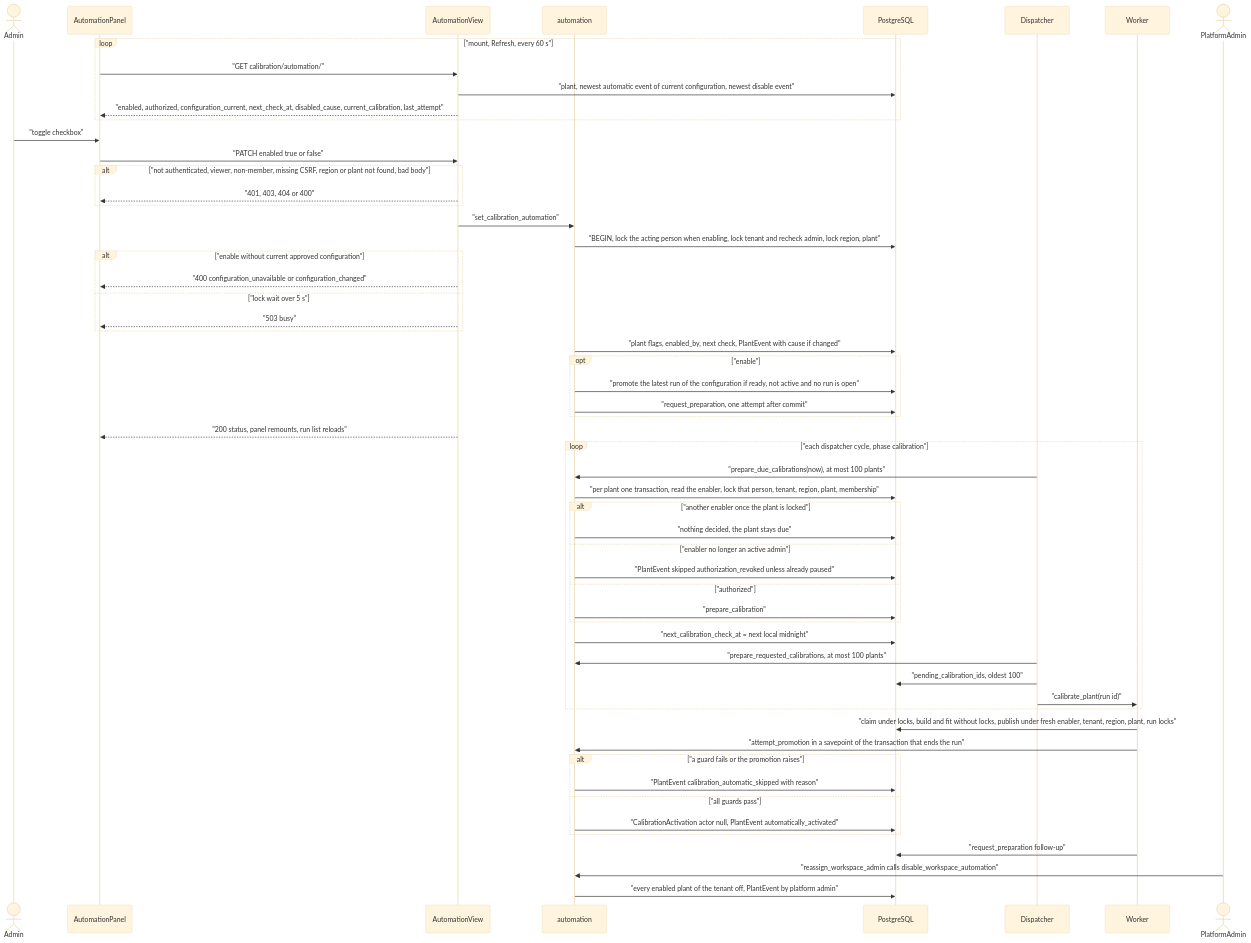
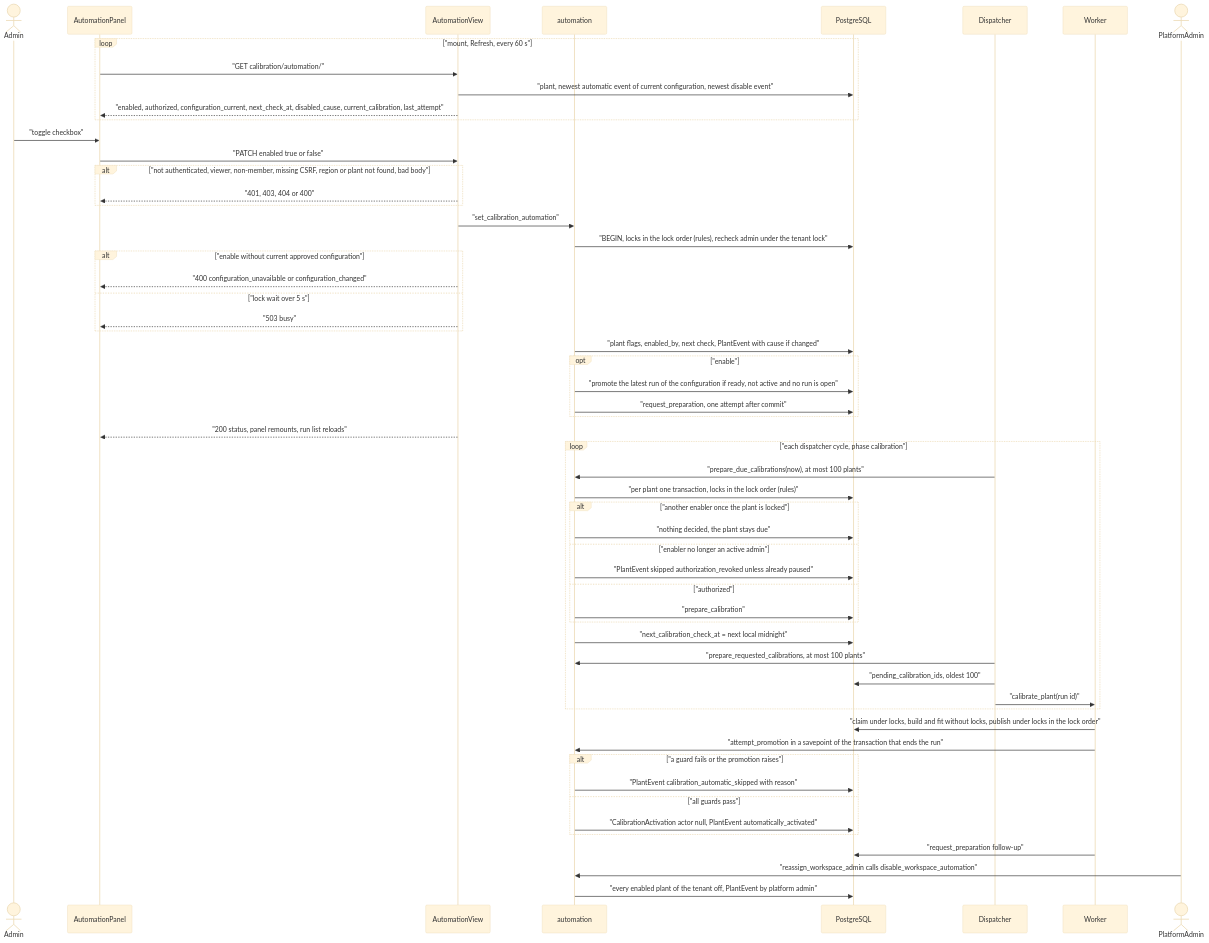
One commit to erkurtharun/pyracast changed the diagram in docs/flows/calibration-automation.md. Above: the diagram before and after it, drawn with Mermaid (base theme). The commit also changed other lines of this file, not shown here.

Commit message:
State the enabler checks by the calibration automation page's one lock order

````diff
--- a/docs/flows/calibration-automation.md
+++ b/docs/flows/calibration-automation.md
@@ -16,59 +16,59 @@
 ```mermaid
 sequenceDiagram
     actor Adm as Admin
     participant UI as AutomationPanel
     participant API as AutomationView
     participant Auto as automation
     participant DB as PostgreSQL
     participant Disp as Dispatcher
     participant W as Worker
     actor Op as PlatformAdmin
     loop "mount, Refresh, every 60 s"
         UI->>API: "GET calibration/automation/"
         API->>DB: "plant, newest automatic event of current configuration, newest disable event"
         API-->>UI: "enabled, authorized, configuration_current, next_check_at, disabled_cause, current_calibration, last_attempt"
     end
     Adm->>UI: "toggle checkbox"
     UI->>API: "PATCH enabled true or false"
     alt "not authenticated, viewer, non-member, missing CSRF, region or plant not found, bad body"
         API-->>UI: "401, 403, 404 or 400"
     end
     API->>Auto: "set_calibration_automation"
-    Auto->>DB: "BEGIN, lock the acting person when enabling, lock tenant and recheck admin, lock region, plant"
+    Auto->>DB: "BEGIN, locks in the lock order (rules), recheck admin under the tenant lock"
     alt "enable without current approved configuration"
         API-->>UI: "400 configuration_unavailable or configuration_changed"
     else "lock wait over 5 s"
         API-->>UI: "503 busy"
     end
     Auto->>DB: "plant flags, enabled_by, next check, PlantEvent with cause if changed"
     opt "enable"
         Auto->>DB: "promote the latest run of the configuration if ready, not active and no run is open"
         Auto->>DB: "request_preparation, one attempt after commit"
     end
     API-->>UI: "200 status, panel remounts, run list reloads"
     loop "each dispatcher cycle, phase calibration"
         Disp->>Auto: "prepare_due_calibrations(now), at most 100 plants"
-        Auto->>DB: "per plant one transaction, read the enabler, lock that person, tenant, region, plant, membership"
+        Auto->>DB: "per plant one transaction, locks in the lock order (rules)"
         alt "another enabler once the plant is locked"
             Auto->>DB: "nothing decided, the plant stays due"
         else "enabler no longer an active admin"
             Auto->>DB: "PlantEvent skipped authorization_revoked unless already paused"
         else "authorized"
             Auto->>DB: "prepare_calibration"
         end
         Auto->>DB: "next_calibration_check_at = next local midnight"
         Disp->>Auto: "prepare_requested_calibrations, at most 100 plants"
         Disp->>DB: "pending_calibration_ids, oldest 100"
         Disp->>W: "calibrate_plant(run id)"
     end
-    W->>DB: "claim under locks, build and fit without locks, publish under fresh enabler, tenant, region, plant, run locks"
+    W->>DB: "claim under locks, build and fit without locks, publish under locks in the lock order"
     W->>Auto: "attempt_promotion in a savepoint of the transaction that ends the run"
     alt "a guard fails or the promotion raises"
         Auto->>DB: "PlantEvent calibration_automatic_skipped with reason"
     else "all guards pass"
         Auto->>DB: "CalibrationActivation actor null, PlantEvent automatically_activated"
     end
     W->>DB: "request_preparation follow-up"
     Op->>Auto: "reassign_workspace_admin calls disable_workspace_automation"
     Auto->>DB: "every enabled plant of the tenant off, PlantEvent by platform admin"
 ```
````
